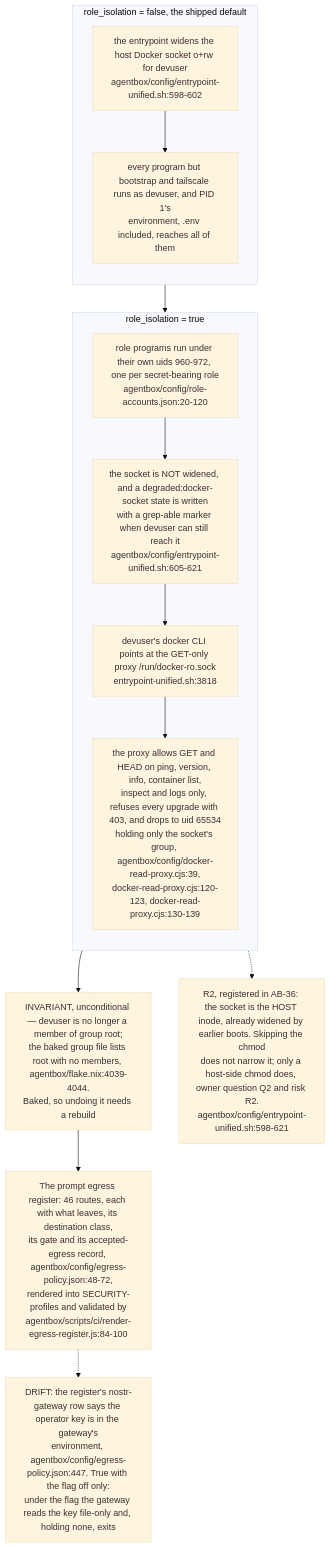
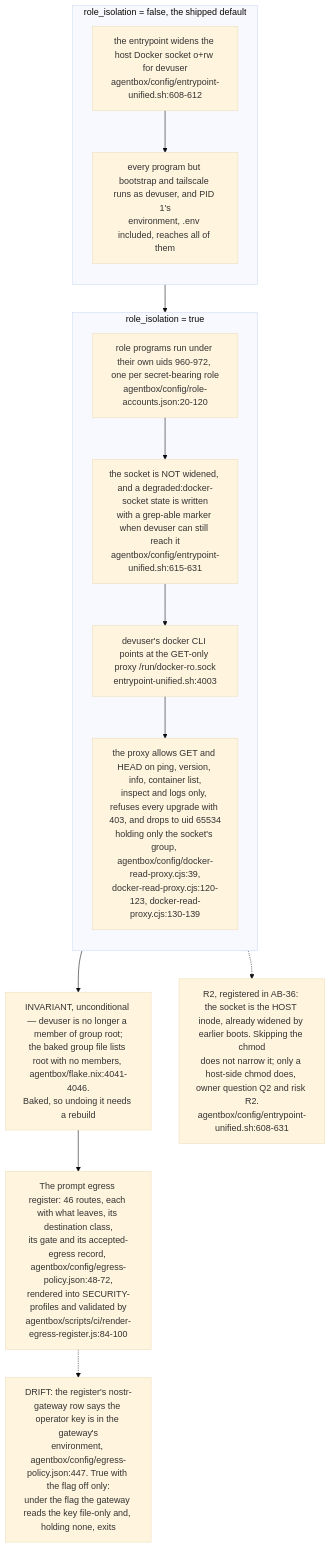
The tenth of 11 diagrams in docs/diagrams/estate/10-deployment-and-security-profiles.md (DreamLab-AI/VisionFlow), drawn with Mermaid (base theme) before and after one commit. The commit also changed other lines of this file and 91 other files, not shown here.

````diff
--- a/docs/diagrams/estate/10-deployment-and-security-profiles.md
+++ b/docs/diagrams/estate/10-deployment-and-security-profiles.md
@@ -399,24 +404,24 @@
 ```mermaid
 flowchart TB
     subgraph OFF["role_isolation = false, the shipped default"]
         direction TB
-        O1["the entrypoint widens the host Docker socket o+rw for devuser<br/>agentbox/config/entrypoint-unified.sh:598-602"]
+        O1["the entrypoint widens the host Docker socket o+rw for devuser<br/>agentbox/config/entrypoint-unified.sh:608-612"]
         O2["every program but bootstrap and tailscale runs as devuser, and PID 1's<br/>environment, .env included, reaches all of them"]
         O1 --> O2
     end
     subgraph ON["role_isolation = true"]
         direction TB
         A1["role programs run under their own uids 960-972, one per secret-bearing role<br/>agentbox/config/role-accounts.json:20-120"]
-        A2["the socket is NOT widened, and a degraded:docker-socket state is written<br/>with a grep-able marker when devuser can still reach it<br/>agentbox/config/entrypoint-unified.sh:605-621"]
-        A3["devuser's docker CLI points at the GET-only proxy /run/docker-ro.sock<br/>entrypoint-unified.sh:3818"]
+        A2["the socket is NOT widened, and a degraded:docker-socket state is written<br/>with a grep-able marker when devuser can still reach it<br/>agentbox/config/entrypoint-unified.sh:615-631"]
+        A3["devuser's docker CLI points at the GET-only proxy /run/docker-ro.sock<br/>entrypoint-unified.sh:4003"]
         A4["the proxy allows GET and HEAD on ping, version, info, container list,<br/>inspect and logs only, refuses every upgrade with 403, and drops to uid 65534<br/>holding only the socket's group, agentbox/config/docker-read-proxy.cjs:39,<br/>docker-read-proxy.cjs:120-123, docker-read-proxy.cjs:130-139"]
         A1 --> A2 --> A3 --> A4
     end
     OFF --> ON
-    GR["INVARIANT, unconditional — devuser is no longer a member of group root;<br/>the baked group file lists root with no members, agentbox/flake.nix:4039-4044.<br/>Baked, so undoing it needs a rebuild"]
+    GR["INVARIANT, unconditional — devuser is no longer a member of group root;<br/>the baked group file lists root with no members, agentbox/flake.nix:4041-4046.<br/>Baked, so undoing it needs a rebuild"]
     ON --> GR
     EG["The prompt egress register: 46 routes, each with what leaves, its destination class,<br/>its gate and its accepted-egress record, agentbox/config/egress-policy.json:48-72,<br/>rendered into SECURITY-profiles and validated by<br/>agentbox/scripts/ci/render-egress-register.js:84-100"]
     GR --> EG
-    A2 -.-> OPEN2["R2, registered in AB-36: the socket is the HOST inode, already widened by earlier boots. Skipping the chmod<br/>does not narrow it; only a host-side chmod does, owner question Q2 and risk R2.<br/>agentbox/config/entrypoint-unified.sh:598-621"]
+    A2 -.-> OPEN2["R2, registered in AB-36: the socket is the HOST inode, already widened by earlier boots. Skipping the chmod<br/>does not narrow it; only a host-side chmod does, owner question Q2 and risk R2.<br/>agentbox/config/entrypoint-unified.sh:608-631"]
     EG -.-> DR["DRIFT: the register's nostr-gateway row says the operator key is in the gateway's<br/>environment, agentbox/config/egress-policy.json:447. True with the flag off only:<br/>under the flag the gateway reads the key file-only and, holding none, exits"]
 ```
````
